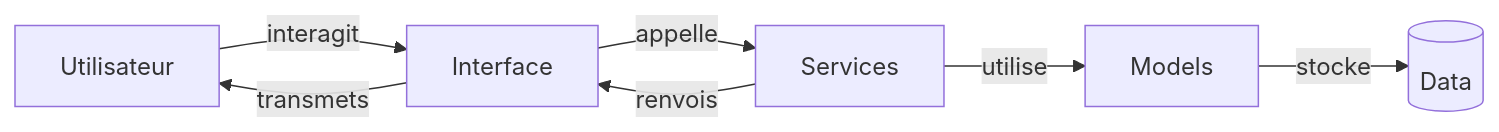
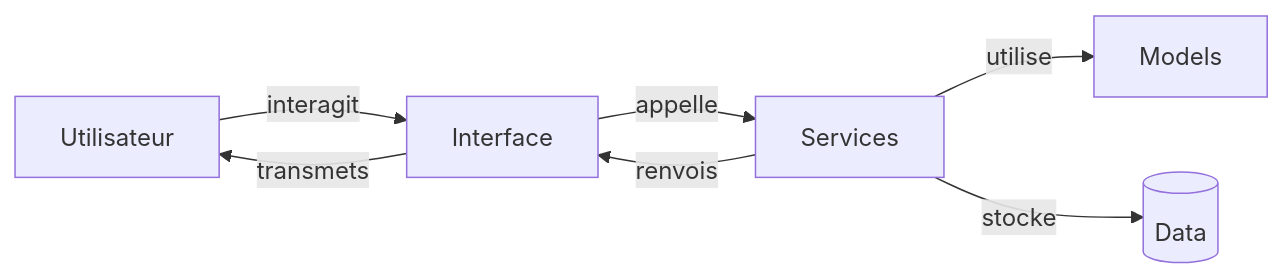
The diagram in README.md (theauclt/projetTDD_2026_structure), drawn with Mermaid before and after one commit.

Commit message:
Modification schéma

````diff
--- a/README.md
+++ b/README.md
@@ -20,17 +20,17 @@
 ```mermaid
 flowchart LR
 
     U[Utilisateur]
     UI[Interface]
     S[Services]
     M[Models]
     D[(Data)]
 
     U --> |interagit| UI
     UI -->|appelle| S
     S -->|utilise| M
-    M -->|stocke| D
+    S -->|stocke| D
 
     S -->|renvois| UI
     UI -->|transmets| U
 ``` 
````
